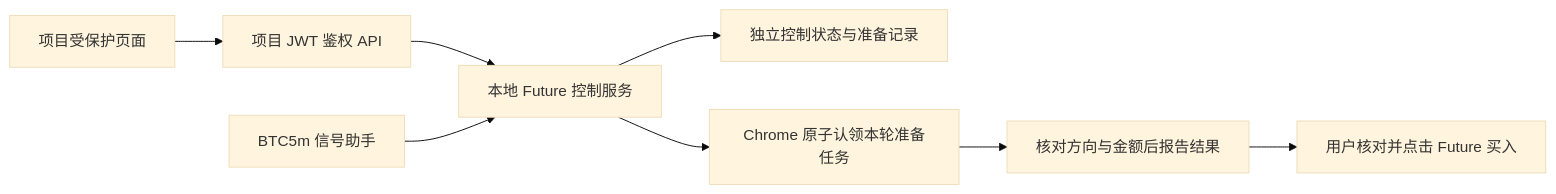
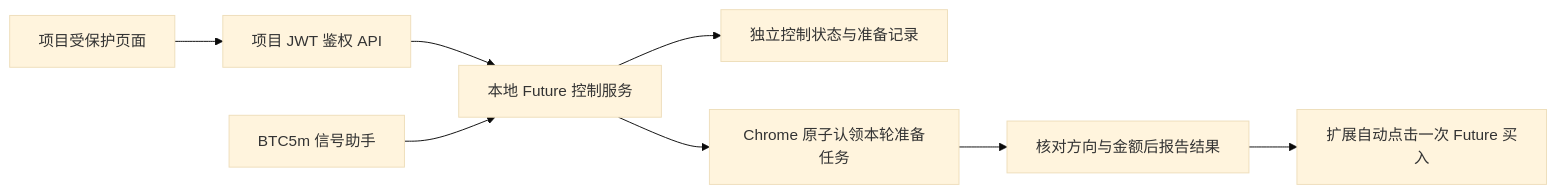
One commit to alex22222/PolyHermes changed the diagram in docs/future-btc5m-bridge.md. Above: the diagram before and after it, drawn with Mermaid (base theme). The commit also changed other lines of this file and 9 other files, not shown here.

````diff
--- a/docs/future-btc5m-bridge.md
+++ b/docs/future-btc5m-bridge.md
@@ -20,10 +20,10 @@
 ```mermaid
 flowchart LR
   P[项目受保护页面] --> J[项目 JWT 鉴权 API]
   J --> C[本地 Future 控制服务]
   S[BTC5m 信号助手] --> C
   C --> L[独立控制状态与准备记录]
   C --> B[Chrome 原子认领本轮准备任务]
   B --> R[核对方向与金额后报告结果]
-  R --> U[用户核对并点击 Future 买入]
+  R --> U[扩展自动点击一次 Future 买入]
 ```
````
